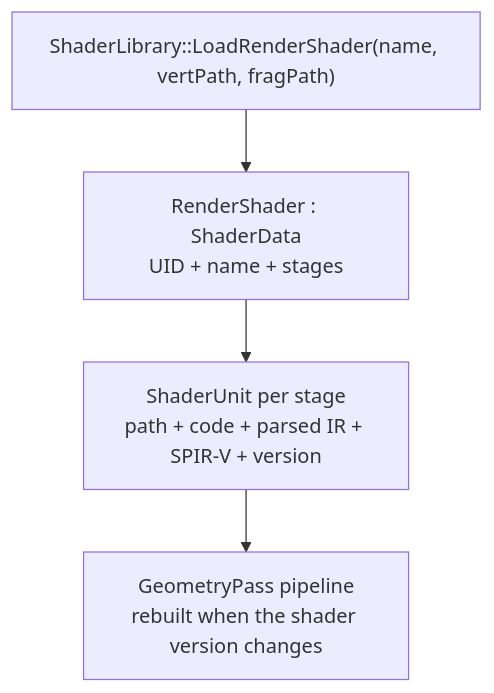
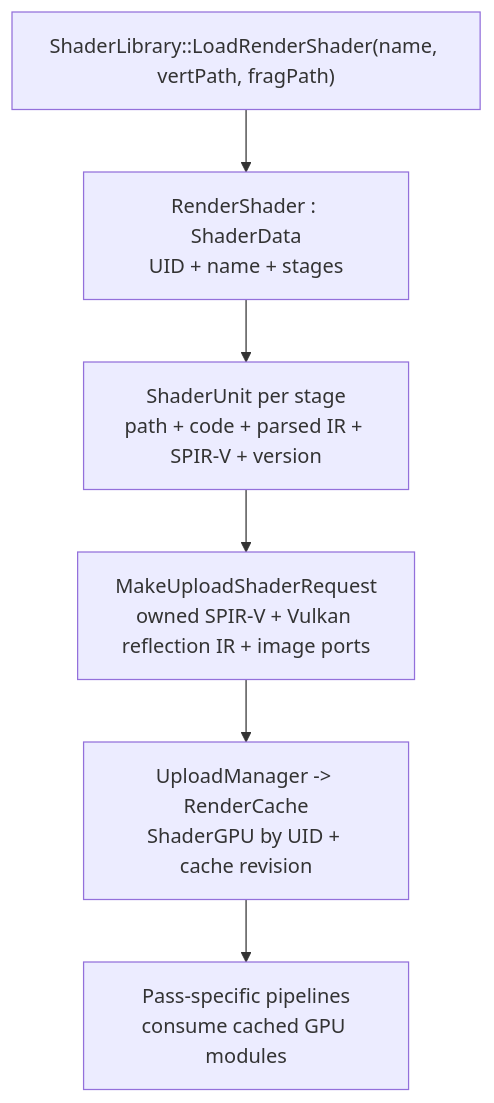
The diagram in docs/render/shaders.md (XDzZyq/Neurus), drawn with Mermaid before and after one commit. The commit also changed other lines of this file and 335 other files, not shown here.

First line of the commit message:
feat(render graph): Render graph: programmable pipeline (stages 1-3) (#77)

````diff
--- a/docs/render/shaders.md
+++ b/docs/render/shaders.md
@@ -29,11 +63,13 @@
 ```mermaid
 flowchart TD
     library["ShaderLibrary::LoadRenderShader(name, vertPath, fragPath)"]
     data["RenderShader : ShaderData<br/>UID + name + stages"]
     unit["ShaderUnit per stage<br/>path + code + parsed IR + SPIR-V + version"]
-    pipeline["GeometryPass pipeline<br/>rebuilt when the shader version changes"]
+    upload["MakeUploadShaderRequest<br/>owned SPIR-V + Vulkan reflection IR + image ports"]
+    gpu["UploadManager -> RenderCache<br/>ShaderGPU by UID + cache revision"]
+    pipeline["Pass-specific pipelines<br/>consume cached GPU modules"]
 
     library --> data
     data --> unit
-    unit --> pipeline
+    unit --> upload --> gpu --> pipeline
 ```
````
